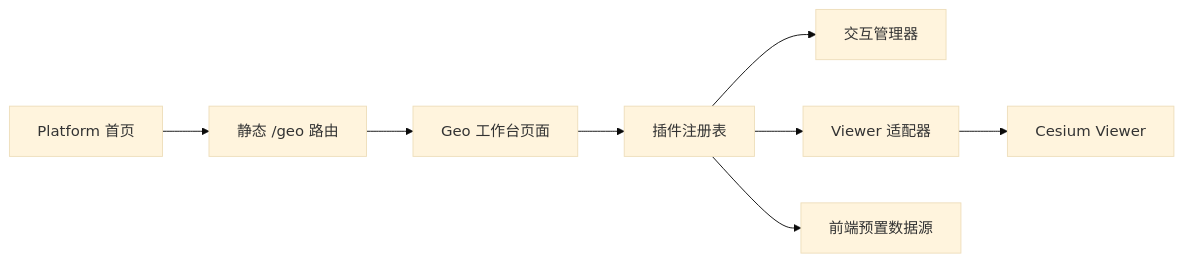
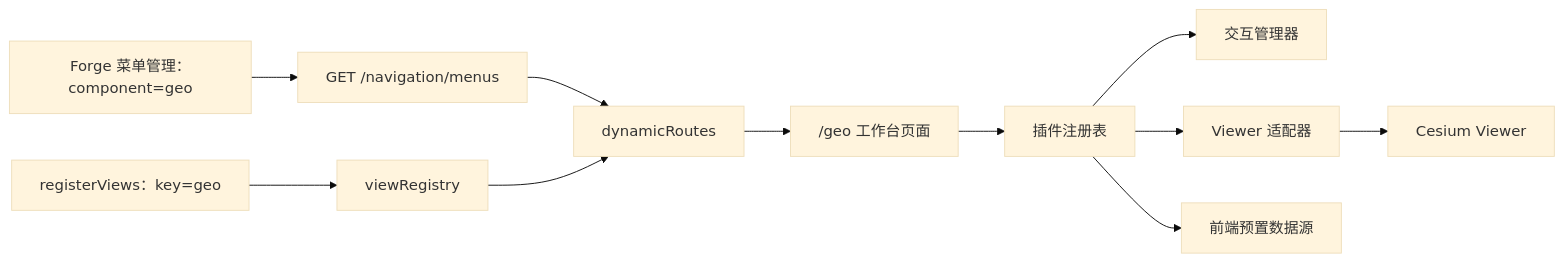
Before and after one commit to tanghaojie/Cyber-Sight: the diagram in docs/platform/design/modules/geo.md, drawn with Mermaid (base theme). The commit also changed other lines of this file and 7 other files, not shown here.

First line of the commit message:
docs: detail Geo runtime and plugin architecture

````diff
--- a/docs/platform/design/modules/geo.md
+++ b/docs/platform/design/modules/geo.md
@@ -112,10 +127,13 @@
 ```mermaid
 flowchart LR
-    H["Platform 首页"] --> R["静态 /geo 路由"]
-    R --> W["Geo 工作台页面"]
+    M["Forge 菜单管理：component=geo"] --> N["GET /navigation/menus"]
+    RV["registerViews：key=geo"] --> R["viewRegistry"]
+    N --> DR["dynamicRoutes"]
+    R --> DR
+    DR --> W["/geo 工作台页面"]
     W --> G["插件注册表"]
     G --> I["交互管理器"]
-    G --> V["Viewer 适配器"]
-    V --> C["Cesium Viewer"]
-    G --> D["前端预置数据源"]
+    G --> VA["Viewer 适配器"]
+    VA --> C["Cesium Viewer"]
+    G --> DS["前端预置数据源"]
 ```
````
